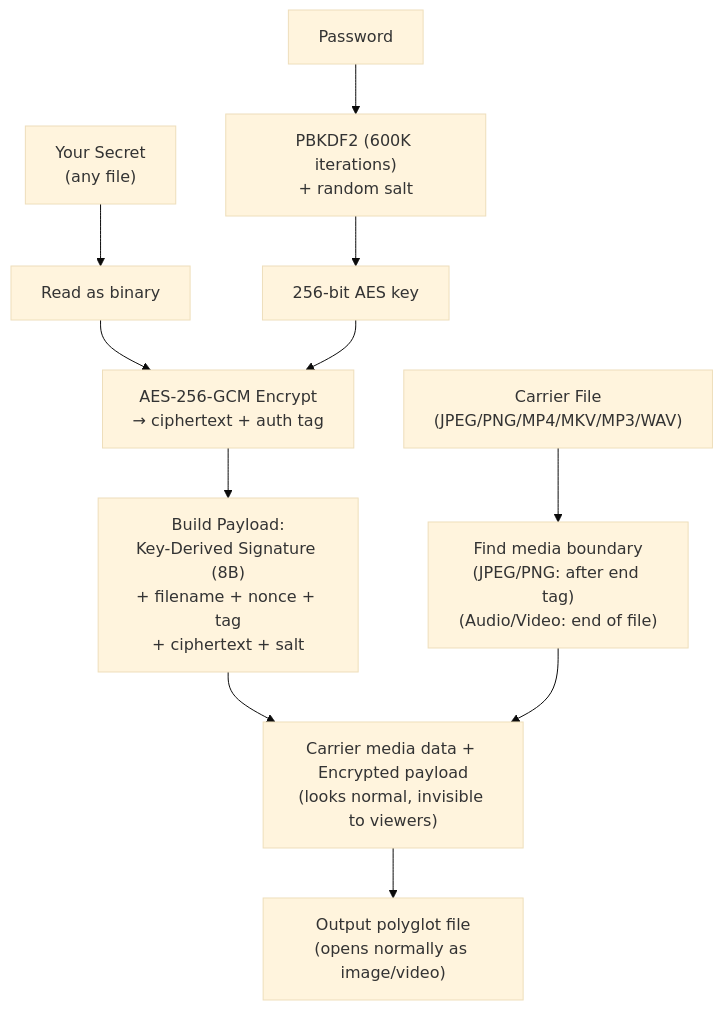
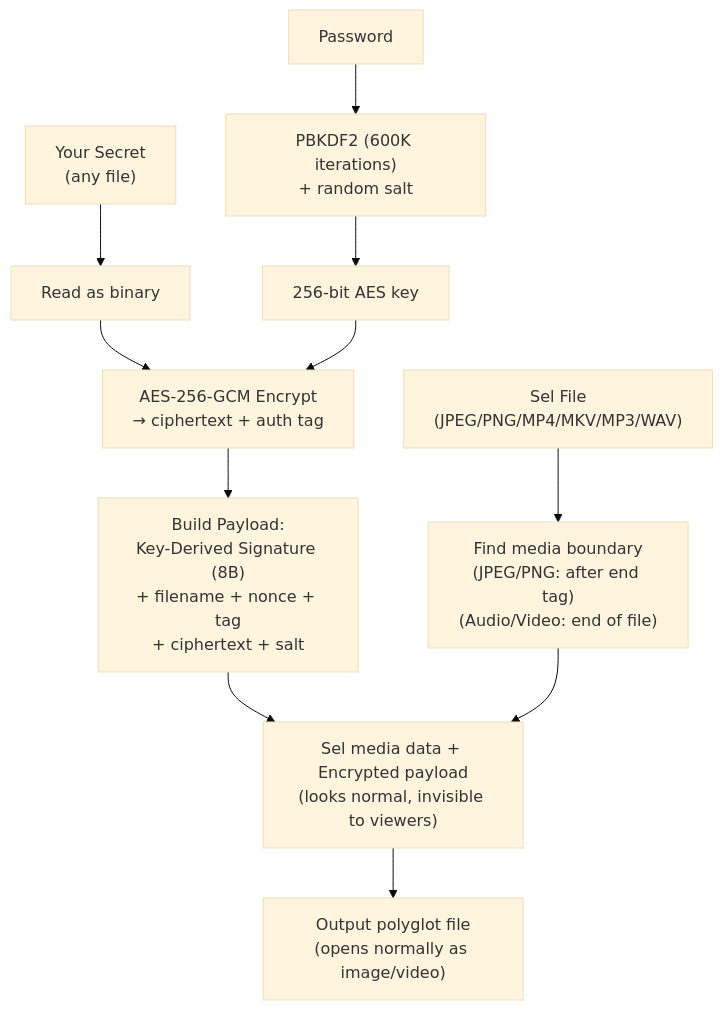
One commit to Shiyinq/parasyte changed the first of 3 diagrams in README.md. Above: the diagram before and after it, drawn with Mermaid (base theme). The commit also changed other lines of this file, not shown here.

````diff
--- a/README.md
+++ b/README.md
@@ -69,18 +72,18 @@
 ```mermaid
 flowchart TD
     Secret["Your Secret<br>(any file)"] --> ReadBin["Read as binary"]
     Pass["Password"] --> PBKDF2["PBKDF2 (600K iterations)<br>+ random salt"]
-    Carrier["Carrier File<br>(JPEG/PNG/MP4/MKV/MP3/WAV)"] --> FindBoundary["Find media boundary<br>(JPEG/PNG: after end tag)<br>(Audio/Video: end of file)"]
+    Sel["Sel File<br>(JPEG/PNG/MP4/MKV/MP3/WAV)"] --> FindBoundary["Find media boundary<br>(JPEG/PNG: after end tag)<br>(Audio/Video: end of file)"]
 
     PBKDF2 --> AESKey["256-bit AES key"]
     
     ReadBin --> Encrypt["AES-256-GCM Encrypt<br>→ ciphertext + auth tag"]
     AESKey --> Encrypt
     
     Encrypt --> Payload["Build Payload:<br>Key-Derived Signature (8B)<br>+ filename + nonce + tag<br>+ ciphertext + salt"]
     
-    Payload --> Merge["Carrier media data + Encrypted payload<br>(looks normal, invisible to viewers)"]
+    Payload --> Merge["Sel media data + Encrypted payload<br>(looks normal, invisible to viewers)"]
     FindBoundary --> Merge
     
     Merge --> Output["Output polyglot file<br>(opens normally as image/video)"]
 ```
````
